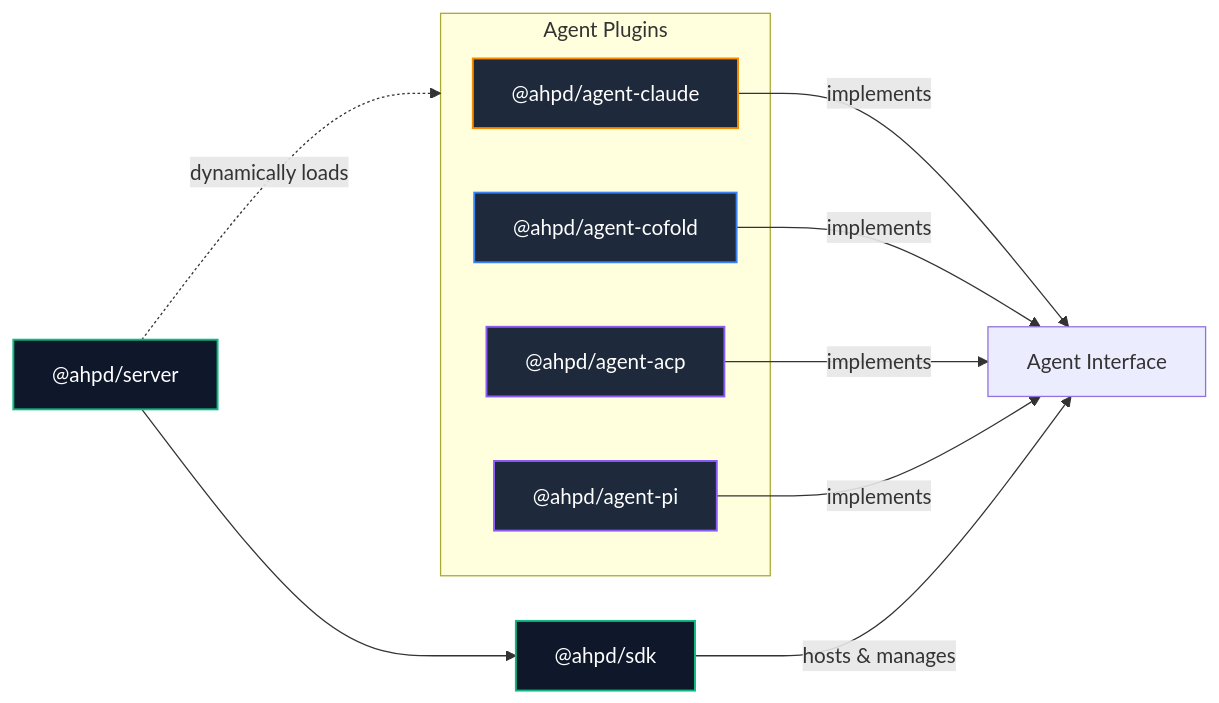
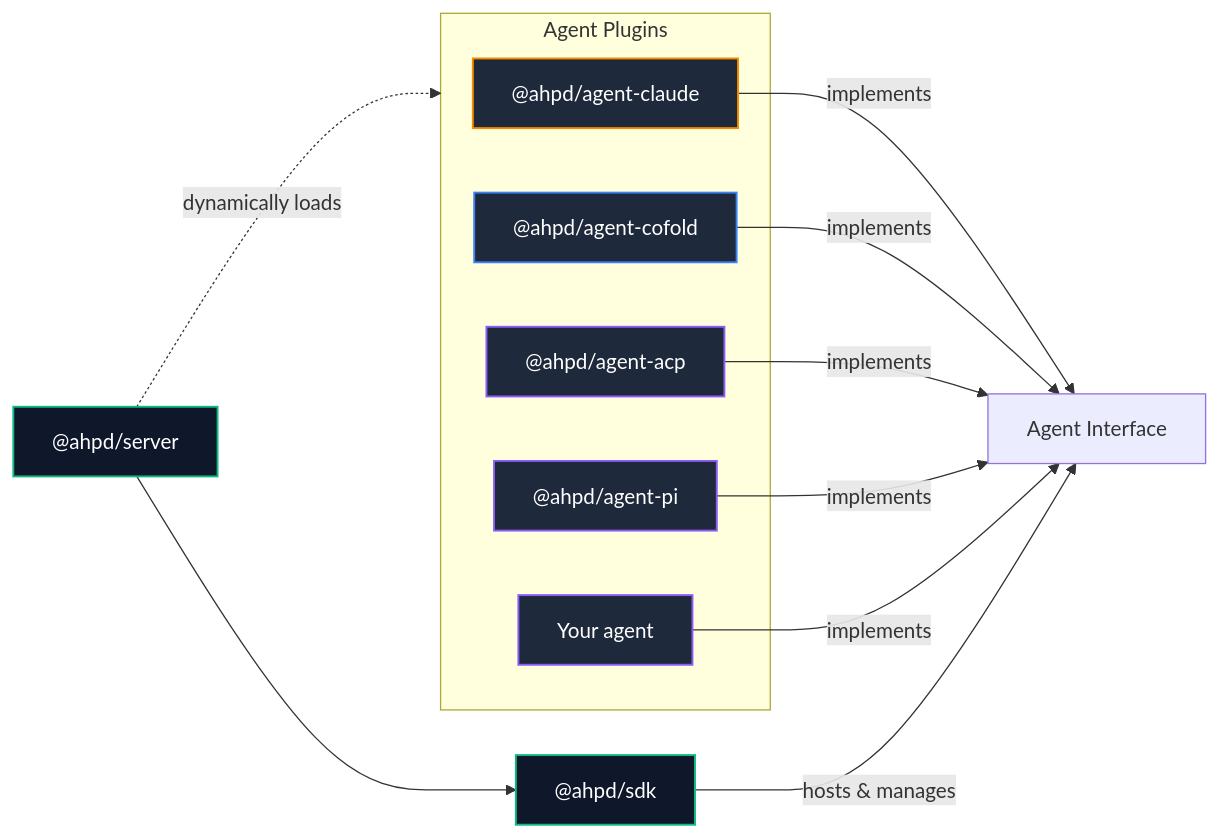
The diagram in README.md (MayCXC/ahpd), drawn with Mermaid before and after one commit. The commit also changed other lines of this file and 1 other file, not shown here.

````diff
--- a/README.md
+++ b/README.md
@@ -343,32 +313,34 @@
 ```mermaid
 flowchart LR
     classDef core fill:#0f172a,stroke:#10b981,stroke-width:1.5px,color:#fff
     classDef plugin fill:#1e293b,stroke:#8b5cf6,stroke-width:1.5px,color:#fff
     classDef claude fill:#1e293b,stroke:#F88c00,stroke-width:1.5px,color:#fff
     classDef cofold fill:#1e293b,stroke:#3b82f6,stroke-width:1.5px,color:#fff
 
     SERVER["@ahpd/server"]
     SDK["@ahpd/sdk"]
 
     subgraph Plugins ["Agent Plugins"]
       CLAUDE["@ahpd/agent-claude"]
       COFOLD["@ahpd/agent-cofold"]
       ACP["@ahpd/agent-acp"]
       PI["@ahpd/agent-pi"]
+      CUSTOM["Your agent"]
     end
 
     SERVER --> SDK
     SERVER -. "dynamically loads" .-> Plugins
 
     CLAUDE -->|"implements"| AGENT["Agent Interface"]
     COFOLD -->|"implements"| AGENT
     ACP -->|"implements"| AGENT
     PI -->|"implements"| AGENT
+    CUSTOM -->|"implements"| AGENT
 
     SDK -->|"hosts & manages"| AGENT
 
     class SERVER,SDK core
     class CLAUDE claude
     class COFOLD cofold
     class ACP,PI,CUSTOM plugin
 ```
````
